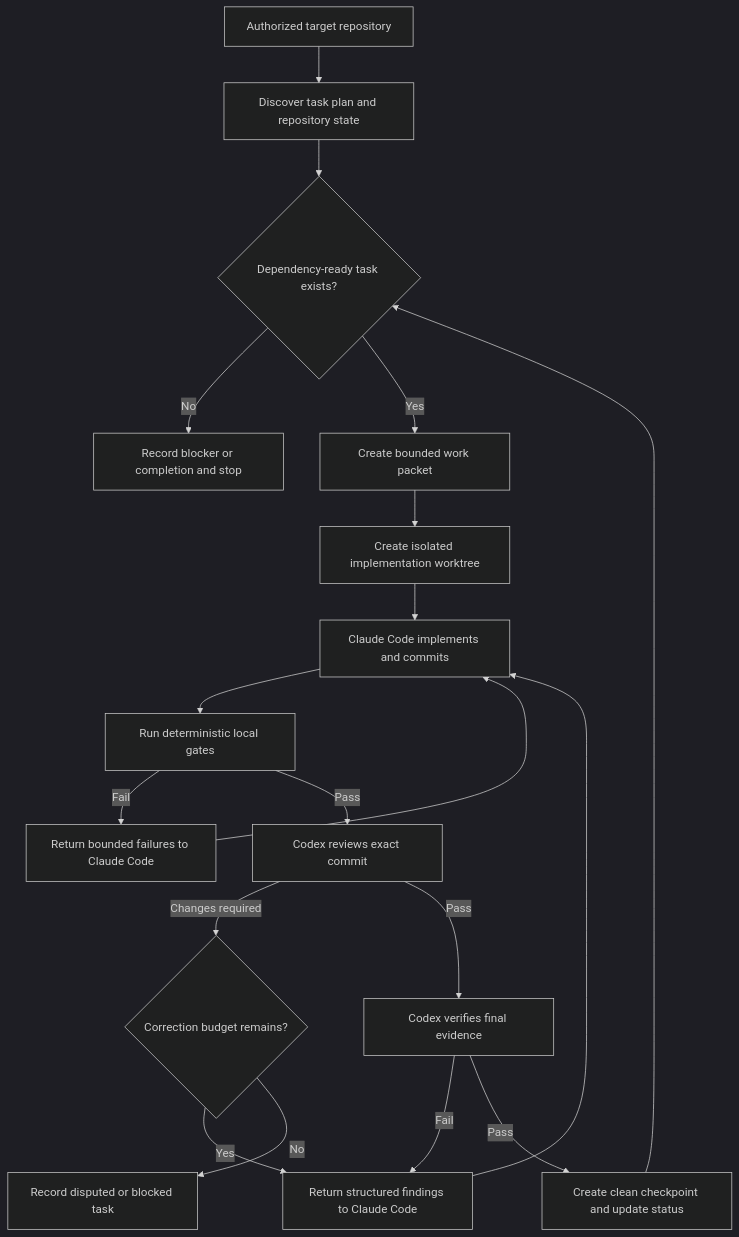
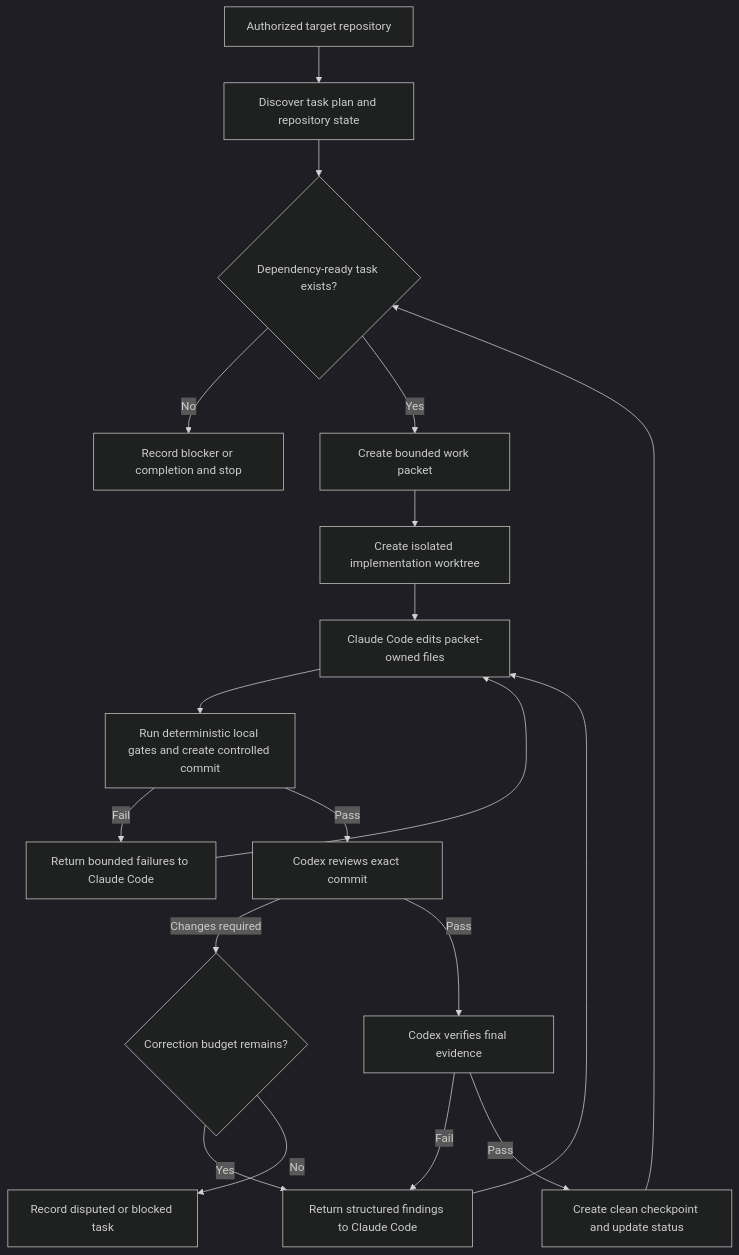
One commit to AaronNHorvitz/CodingMage changed the diagram in README.md. Above: the diagram before and after it, drawn with Mermaid (dark theme). The commit also changed other lines of this file and 4 other files, not shown here.

````diff
--- a/README.md
+++ b/README.md
@@ -41,21 +41,21 @@
 ```mermaid
 flowchart TD
     A[Authorized target repository] --> B[Discover task plan and repository state]
     B --> C{Dependency-ready task exists?}
     C -- No --> Z[Record blocker or completion and stop]
     C -- Yes --> D[Create bounded work packet]
     D --> E[Create isolated implementation worktree]
-    E --> F[Claude Code implements and commits]
-    F --> G[Run deterministic local gates]
+    E --> F[Claude Code edits packet-owned files]
+    F --> G[Run deterministic local gates and create controlled commit]
     G -- Fail --> H[Return bounded failures to Claude Code]
     H --> F
     G -- Pass --> I[Codex reviews exact commit]
     I -- Changes required --> J{Correction budget remains?}
     J -- Yes --> K[Return structured findings to Claude Code]
     K --> F
     J -- No --> L[Record disputed or blocked task]
     I -- Pass --> M[Codex verifies final evidence]
     M -- Fail --> K
     M -- Pass --> N[Create clean checkpoint and update status]
     N --> C
 ```
````
